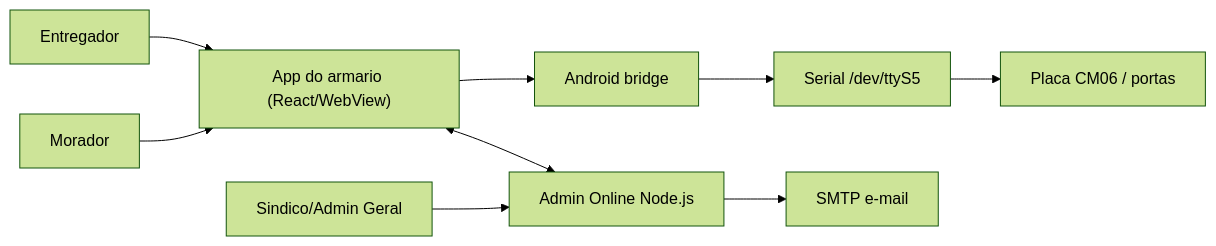
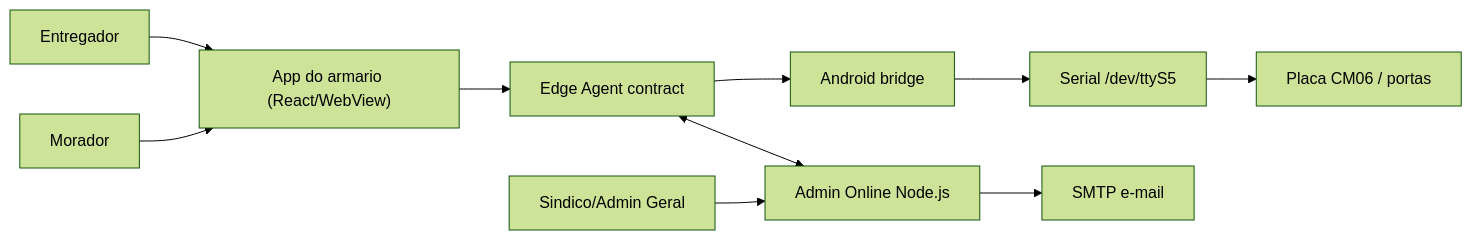
One commit to PredditaTi/Locker-Preddita changed the diagram in docs/ARCHITECTURE.md. Above: the diagram before and after it, drawn with Mermaid (forest theme). The commit also changed other lines of this file and 21 other files, not shown here.

Commit message:
Separate Edge Agent from kiosk UI (#13)

````diff
--- a/docs/ARCHITECTURE.md
+++ b/docs/ARCHITECTURE.md
@@ -11,11 +11,12 @@
 ```mermaid
 flowchart LR
   Courier["Entregador"] --> Kiosk["App do armario (React/WebView)"]
   Resident["Morador"] --> Kiosk
-  Kiosk --> Android["Android bridge"]
+  Kiosk --> Edge["Edge Agent contract"]
+  Edge --> Android["Android bridge"]
   Android --> RS485["Serial /dev/ttyS5"]
   RS485 --> Board["Placa CM06 / portas"]
-  Kiosk <--> Admin["Admin Online Node.js"]
+  Edge <--> Admin["Admin Online Node.js"]
   Admin --> SMTP["SMTP e-mail"]
   Manager["Sindico/Admin Geral"] --> Admin
 ```
````
